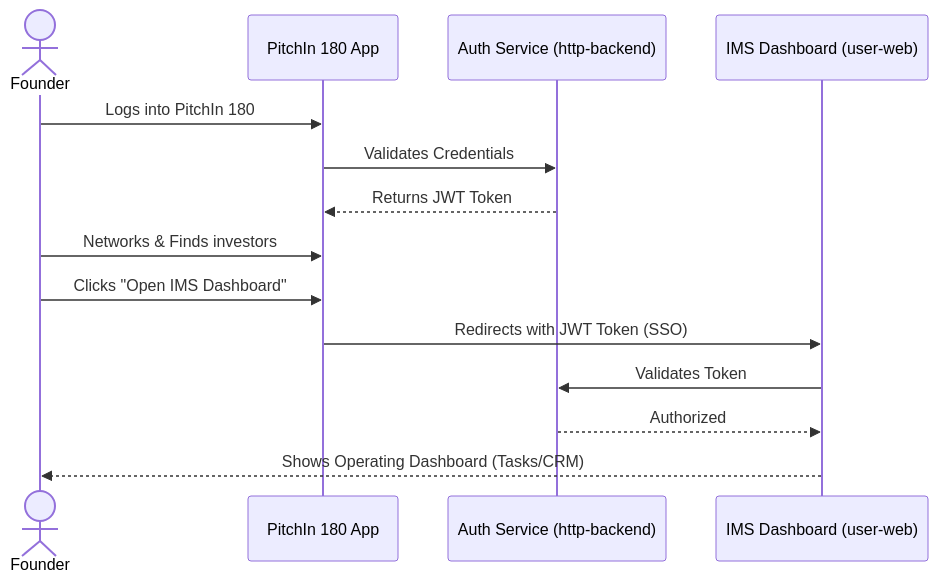
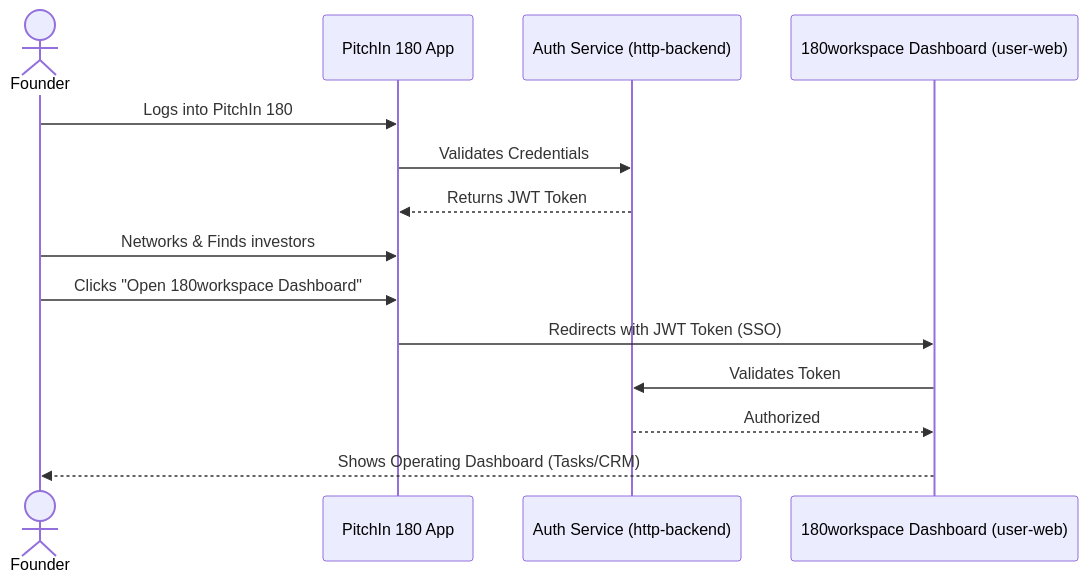
One commit to simplicion/180workspace changed the diagram in apps/docs/docs/02-architecture/dual-app-strategy.md. Above: the diagram before and after it, drawn with Mermaid. The commit also changed other lines of this file and 118 other files, not shown here.

````diff
--- a/apps/docs/docs/02-architecture/dual-app-strategy.md
+++ b/apps/docs/docs/02-architecture/dual-app-strategy.md
@@ -9,17 +9,17 @@
 ```mermaid
 sequenceDiagram
     actor Founder
     participant PitchIn as PitchIn 180 App
     participant Auth as Auth Service (http-backend)
-    participant IMS as IMS Dashboard (user-web)
+    participant 180workspace as 180workspace Dashboard (user-web)
     
     Founder->>PitchIn: Logs into PitchIn 180
     PitchIn->>Auth: Validates Credentials
     Auth-->>PitchIn: Returns JWT Token
     Founder->>PitchIn: Networks & Finds investors
-    Founder->>PitchIn: Clicks "Open IMS Dashboard"
-    PitchIn->>IMS: Redirects with JWT Token (SSO)
-    IMS->>Auth: Validates Token
-    Auth-->>IMS: Authorized
-    IMS-->>Founder: Shows Operating Dashboard (Tasks/CRM)
+    Founder->>PitchIn: Clicks "Open 180workspace Dashboard"
+    PitchIn->>180workspace: Redirects with JWT Token (SSO)
+    180workspace->>Auth: Validates Token
+    Auth-->>180workspace: Authorized
+    180workspace-->>Founder: Shows Operating Dashboard (Tasks/CRM)
 ```
````
